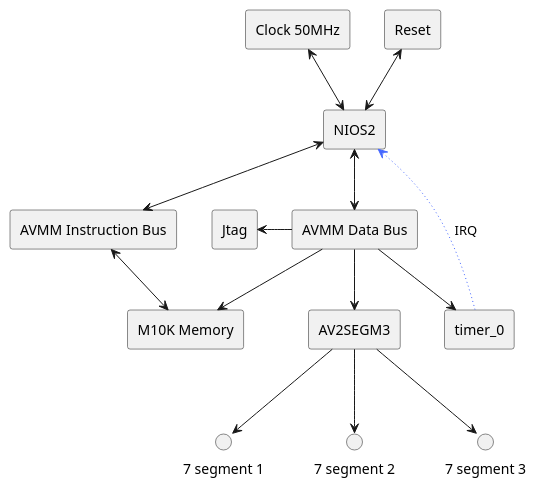
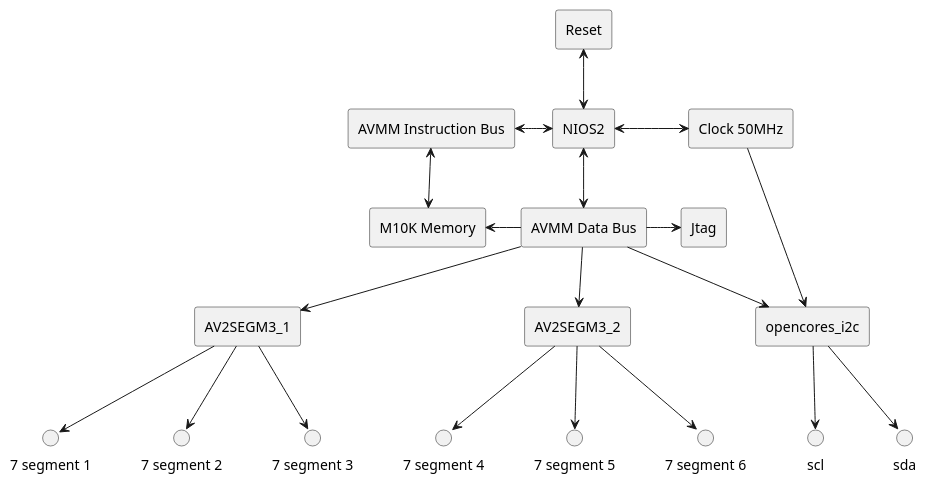
Before and after one commit to ESN2025/GEOFFRE_Project: the second of 2 diagrams in readme.md, drawn with PlantUML. The commit also changed other lines of this file and 490 other files, not shown here.

````diff
--- a/readme.md
+++ b/readme.md
@@ -63,29 +63,36 @@
 ```plantuml
 @startuml
 
 rectangle NIOS2
 rectangle Reset
 rectangle Jtag
 rectangle "Clock 50MHz"
 rectangle "M10K Memory"
 rectangle "AVMM Data Bus"
 rectangle "AVMM Instruction Bus"
-rectangle "AV2SEGM3"
-rectangle timer_0
+rectangle "AV2SEGM3_1"
+rectangle "AV2SEGM3_2"
+rectangle "opencores_i2c"
 
 NIOS2 <-u-> Reset 
-NIOS2 <-u-> "Clock 50MHz"
-NIOS2 <-d-> "AVMM Instruction Bus"
+NIOS2 <-r-> "Clock 50MHz"
+NIOS2 <-l-> "AVMM Instruction Bus"
 NIOS2 <-d-> "AVMM Data Bus"
 "AVMM Instruction Bus" <-d-> "M10K Memory"
-"AVMM Data Bus" -l-> Jtag
-"AVMM Data Bus" -d-> "AV2SEGM3"
-"AVMM Data Bus" -d-> timer_0
-"AVMM Data Bus" -r-> "M10K Memory"
-timer_0 -u[#4567ff,dotted]-> NIOS2 : IRQ
-"AV2SEGM3" -d-> "7 segment 1"
-"AV2SEGM3" -d-> "7 segment 2"
-"AV2SEGM3" -d-> "7 segment 3"
+"AVMM Data Bus" -r-> Jtag
+"AVMM Data Bus" -d-> "AV2SEGM3_1"
+"AVMM Data Bus" -d-> "AV2SEGM3_2"
+"AVMM Data Bus" -l-> "M10K Memory"
+"AVMM Data Bus" --> "opencores_i2c"
+"Clock 50MHz" --> "opencores_i2c"
+"opencores_i2c" --> "scl"
+"opencores_i2c" --> "sda"
+"AV2SEGM3_1" -d-> "7 segment 1"
+"AV2SEGM3_1" -d-> "7 segment 2"
+"AV2SEGM3_1" -d-> "7 segment 3"
+"AV2SEGM3_2" -d-> "7 segment 4"
+"AV2SEGM3_2" -d-> "7 segment 5"
+"AV2SEGM3_2" -d-> "7 segment 6"
 
 @enduml
 ```
````
